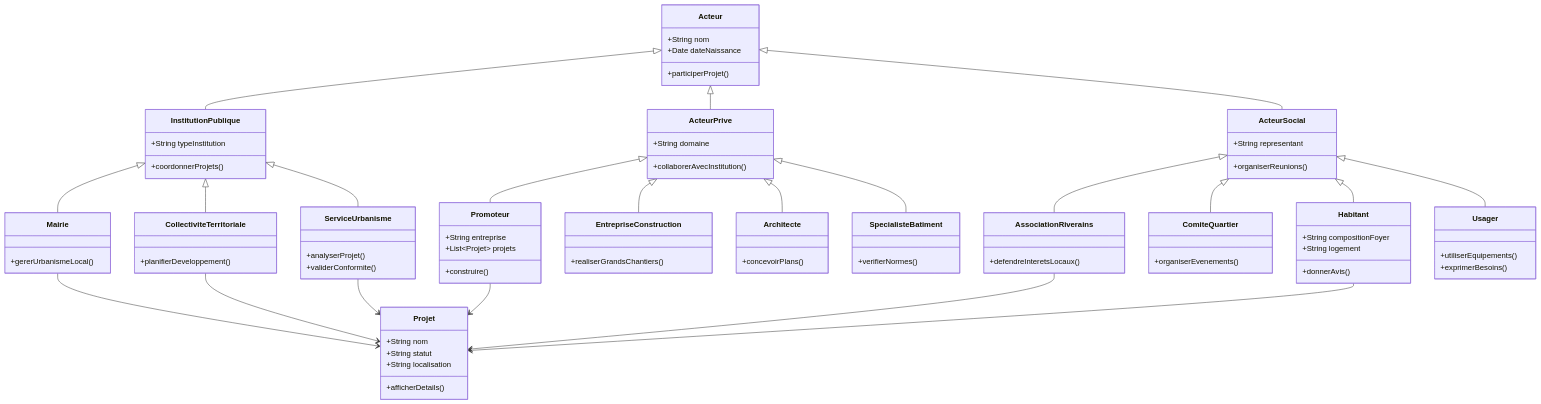
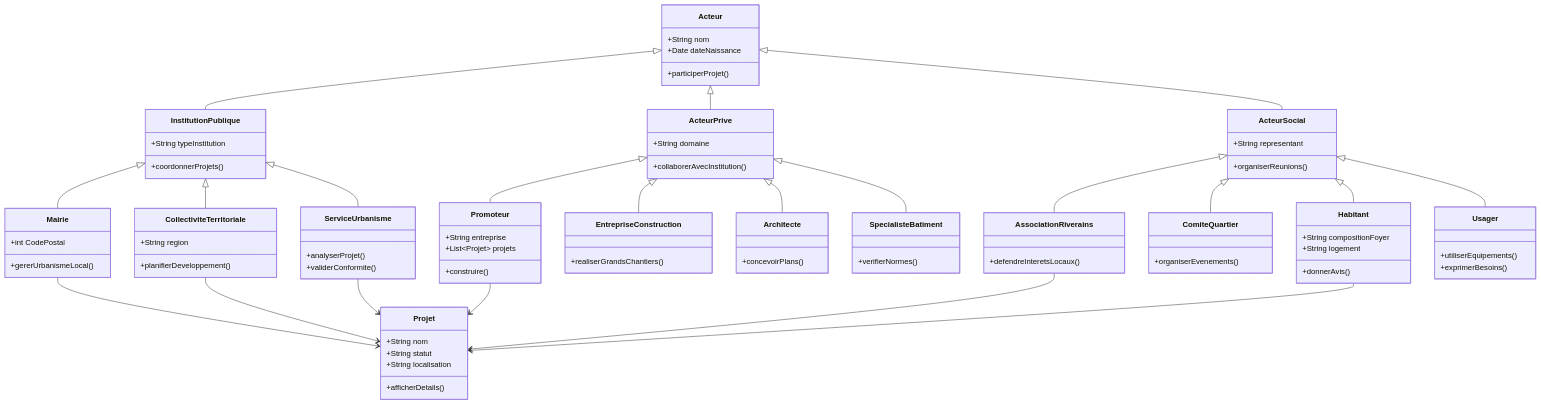
One commit to kahiarchi/plaine---saint--Denis---batiment- changed the diagram in acteurskahiachi3.md. Above: the diagram before and after it, drawn with Mermaid.

```diff
--- a/acteurskahiachi3.md
+++ b/acteurskahiachi3.md
@@ -26,10 +26,12 @@
 
     %% Institutions publiques
     class Mairie {
+        +int CodePostal
         +gererUrbanismeLocal()
     }
 
     class CollectiviteTerritoriale {
+        +String region
         +planifierDeveloppement()
     }
 
```
